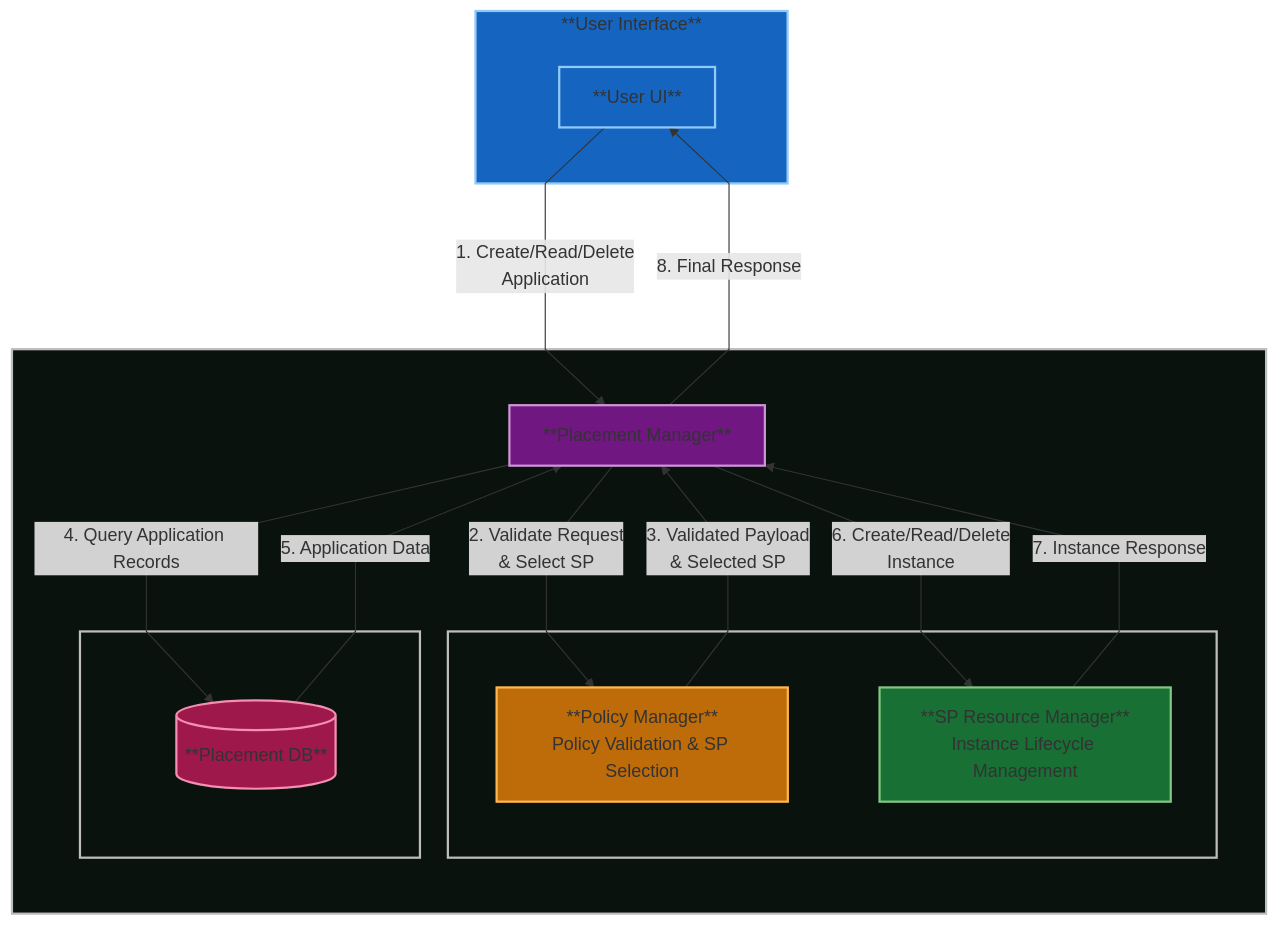
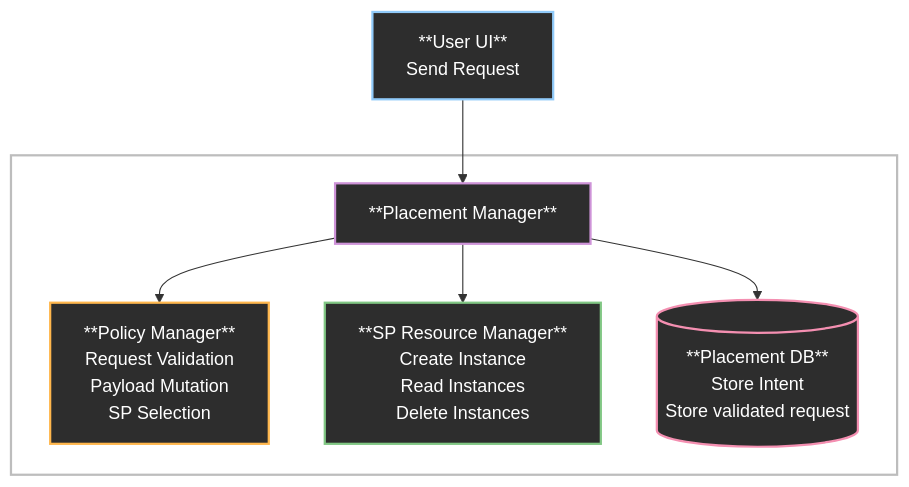
The first of 2 diagrams in enhancements/placement-manager/placement-manager.md (dcm-project/enhancements), drawn with Mermaid before and after one commit. The commit also changed other lines of this file, not shown here.

Commit message:
updated diagrams

````diff
--- a/enhancements/placement-manager/placement-manager.md
+++ b/enhancements/placement-manager/placement-manager.md
@@ -61,41 +61,31 @@
 ```mermaid
-%%{init: {'flowchart': {'rankSpacing': 100, 'nodeSpacing': 10, 'curve': 'linear'}}}%%
+%%{init: {'flowchart': {'rankSpacing': 100, 'nodeSpacing': 10, 'curve': 'linear'},}}%%
 flowchart TD
-    classDef userLayer fill:#1565c0,stroke:#90caf9,stroke-width:2px
-    classDef placementManager fill:#701782,stroke:#ce93d8,stroke-width:2px
-    classDef policyEngine fill:#bd6c09,stroke:#ffb74d,stroke-width:2px
-    classDef spResourceManager fill:#187034,stroke:#81c784,stroke-width:2px
-    classDef database fill:#9e184b,stroke:#f48fb1,stroke-width:2px
-    classDef dcmCore fill:#0a120d,stroke:#bdbdbd,stroke-width:2px
+    classDef userLayer fill:#2d2d2d,color:#ffffff,stroke:#90caf9,stroke-width:2px
+    classDef placementManager fill:#2d2d2d,color:#ffffff,stroke:#ce93d8,stroke-width:2px
+    classDef policyEngine fill:#2d2d2d,color:#ffffff,stroke:#ffb74d,stroke-width:2px
+    classDef spResourceManager fill:#2d2d2d,color:#ffffff,stroke:#81c784,stroke-width:2px
+    classDef database fill:#2d2d2d,color:#ffffff,stroke:#f48fb1,stroke-width:2px
+    classDef dcmCore fill:#FFFFFF,stroke:#bdbdbd,stroke-width:2px
 
-    subgraph User_Layer [**User Interface**]
-        User["**User UI**<br/>"]:::userLayer
-    end
+    User["**User UI**<br/>Send Request"]:::userLayer
 
     subgraph DCM_Core [ ]
         PM["**Placement Manager**<br/>"]:::placementManager
+        
+        PE["**Policy Manager**<br/>Request Validation<br/>Payload Mutation<br/>SP Selection"]:::policyEngine
+        
+        SPRM["**SP Resource Manager**<br/>Create Instance<br/> Read Instances<br/> Delete Instances"]:::spResourceManager
 
-        subgraph Services [ ]
-            PE["**Policy Manager**<br/>Policy Validation & SP Selection"]:::policyEngine
-            SPRM["**SP Resource Manager**<br/>Instance Lifecycle Management"]:::spResourceManager
-        end
+        PM_DB[("**Placement DB**<br/>Store Intent<br/>Store validated request")]:::database
 
-        subgraph Data_Layer [ ]
-            PM_DB[("**Placement DB**")]:::database
-        end
     end
 
-    User -->|"1. Create/Read/Delete<br/>Application"| PM
-    PM -->|"2. Validate Request<br/>& Select SP"| PE
-    PE -->|"3. Validated Payload<br/>& Selected SP"| PM
-    PM -->|"4. Query Application Records"| PM_DB
-    PM_DB -->|"5. Application Data"| PM
-    PM -->|"6. Create/Read/Delete<br/>Instance"| SPRM
-    SPRM -->|"7. Instance Response"| PM
-    PM -->|"8. Final Response"| User
+    User --> PM
+    PM --> PE
+    PM --> PM_DB
+    PM --> SPRM
+    
 
-    class User_Layer userLayer
     class DCM_Core dcmCore
-    class Services dcmCore
-    class Data_Layer dcmCore
 ```
````
